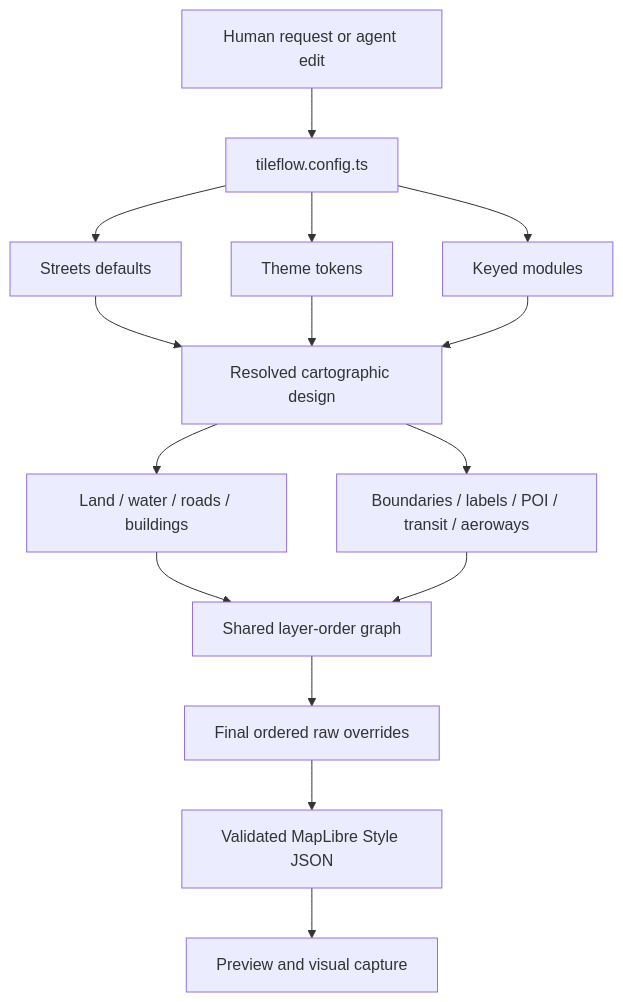
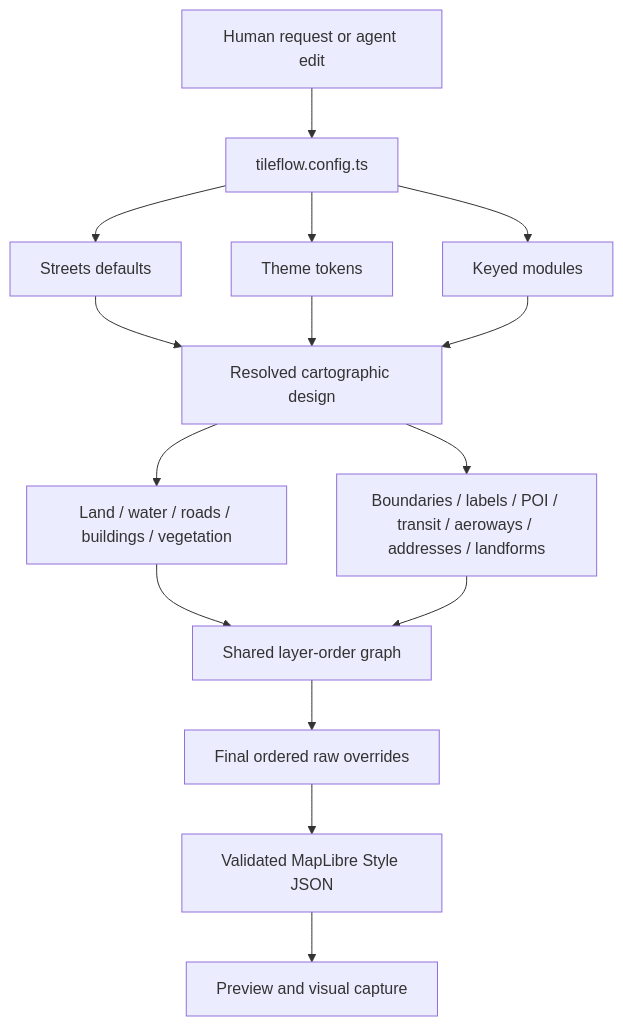
Before and after one commit to tileflow/tileflow-sdk: the diagram in docs/contracts/cartographic-authoring.md, drawn with Mermaid. The commit also changed other lines of this file and 195 other files, not shown here.

````diff
--- a/docs/contracts/cartographic-authoring.md
+++ b/docs/contracts/cartographic-authoring.md
@@ -16,17 +16,17 @@
 ```mermaid
 flowchart TD
   A["Human request or agent edit"] --> B["tileflow.config.ts"]
   B --> C["Streets defaults"]
   B --> D["Theme tokens"]
   B --> E["Keyed modules"]
   C --> F["Resolved cartographic design"]
   D --> F
   E --> F
-  F --> G["Land / water / roads / buildings"]
-  F --> H["Boundaries / labels / POI / transit / aeroways"]
+  F --> G["Land / water / roads / buildings / vegetation"]
+  F --> H["Boundaries / labels / POI / transit / aeroways / addresses / landforms"]
   G --> I["Shared layer-order graph"]
   H --> I
   I --> J["Final ordered raw overrides"]
   J --> K["Validated MapLibre Style JSON"]
   K --> L["Preview and visual capture"]
 ```
````
